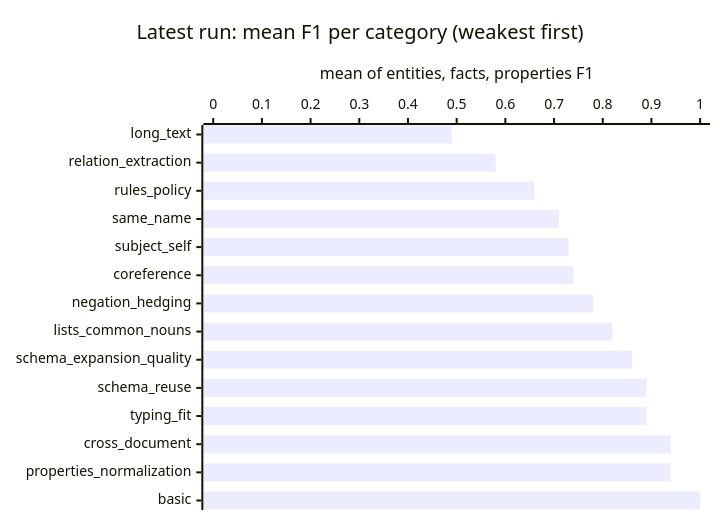
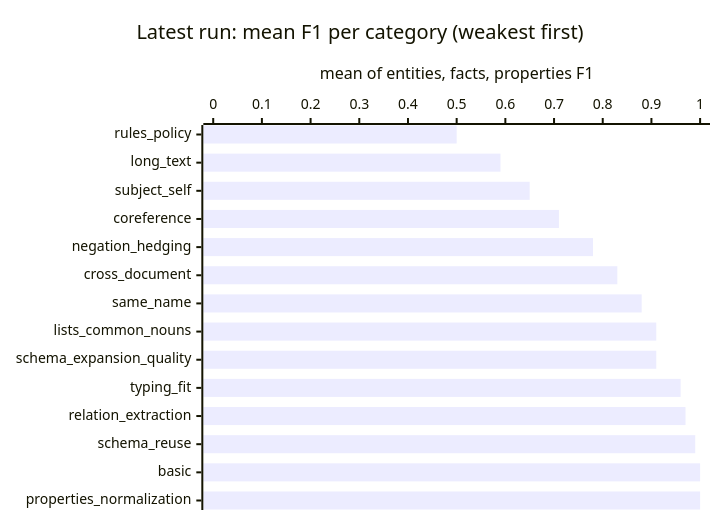
One commit to megagonlabs/blue-data-kb-source changed the second of 2 diagrams in lib/tests/benchmarks/extraction/results/README.md. Above: the diagram before and after it, drawn with Mermaid. The commit also changed other lines of this file and 1 other file, not shown here.

First line of the commit message:
Record extraction benchmark run 20261102-183606

````diff
--- a/lib/tests/benchmarks/extraction/results/README.md
+++ b/lib/tests/benchmarks/extraction/results/README.md
@@ -39,7 +39,7 @@
 ```mermaid
 xychart-beta horizontal
     title "Latest run: mean F1 per category (weakest first)"
-    x-axis ["long_text", "relation_extraction", "rules_policy", "same_name", "subject_self", "coreference", "negation_hedging", "lists_common_nouns", "schema_expansion_quality", "schema_reuse", "typing_fit", "cross_document", "properties_normalization", "basic"]
+    x-axis ["rules_policy", "long_text", "subject_self", "coreference", "negation_hedging", "cross_document", "same_name", "lists_common_nouns", "schema_expansion_quality", "typing_fit", "relation_extraction", "schema_reuse", "basic", "properties_normalization"]
     y-axis "mean of entities, facts, properties F1" 0 --> 1
-    bar [0.49, 0.58, 0.66, 0.71, 0.73, 0.74, 0.78, 0.82, 0.86, 0.89, 0.89, 0.94, 0.94, 1.00]
+    bar [0.50, 0.59, 0.65, 0.71, 0.78, 0.83, 0.88, 0.91, 0.91, 0.96, 0.97, 0.99, 1.00, 1.00]
 ```
````
